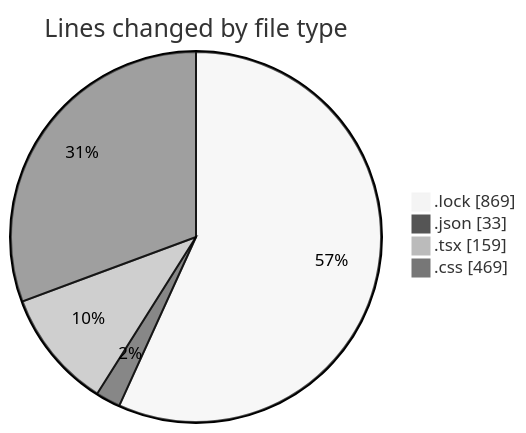
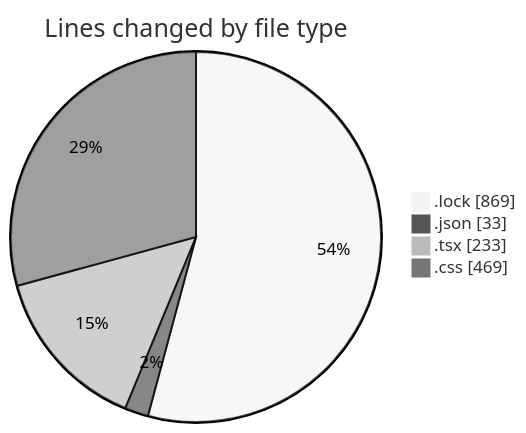
The first of 2 diagrams in 2025-07-27/vtuber/README.md (EIIisD/code-tracking), drawn with Mermaid (neutral theme) before and after one commit. The commit also changed other lines of this file and 1 other file, not shown here.

````diff
--- a/2025-07-27/vtuber/README.md
+++ b/2025-07-27/vtuber/README.md
@@ -24,8 +25,8 @@
 ```mermaid
 pie showData
 title Lines changed by file type
 ".lock" : 869
 ".json" : 33
-".tsx" : 159
+".tsx" : 233
 ".css" : 469
 ```
````
